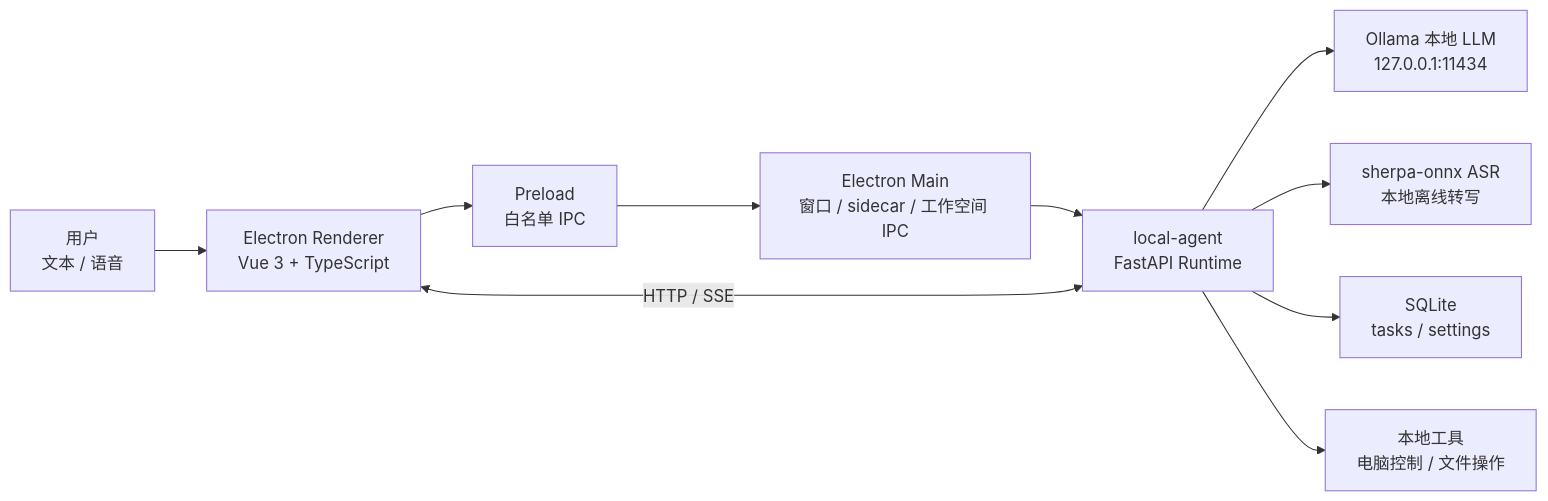
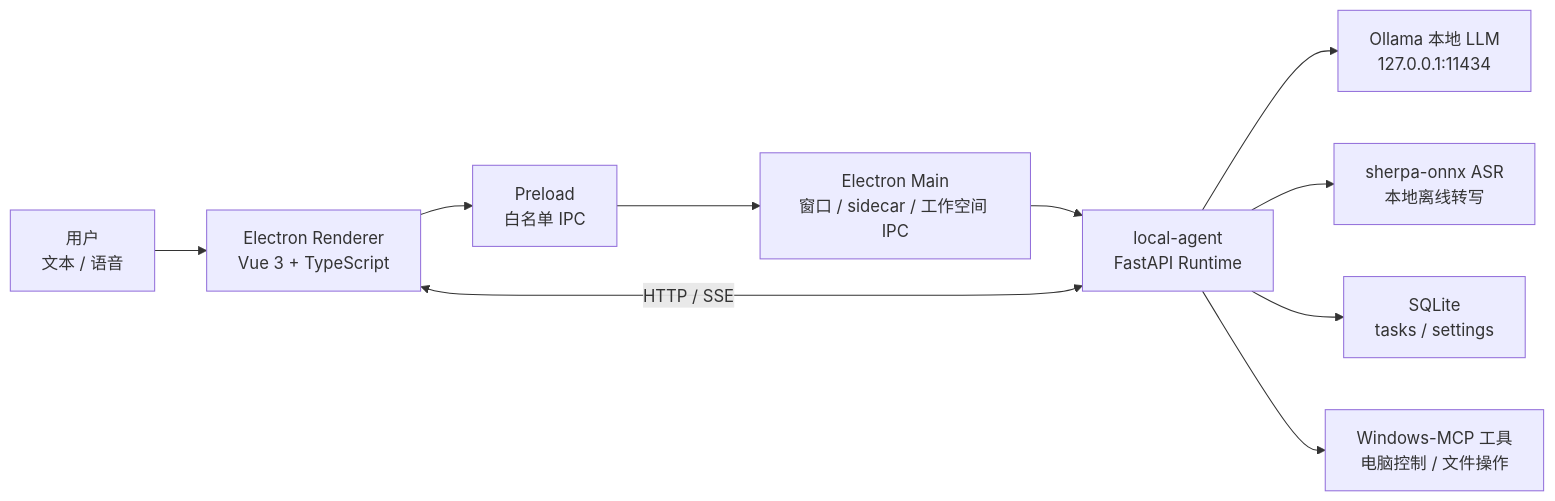
The diagram in README.md (Oronm-boop/AI-Voicce-Agent), drawn with Mermaid before and after one commit. The commit also changed other lines of this file and 23 other files, not shown here.

First line of the commit message:
集成 Windows-MCP：重构电脑控制和文件操作后端，新增 Tavily 搜索、模型集中配置，优化语音交互体验

````diff
--- a/README.md
+++ b/README.md
@@ -32,13 +32,13 @@
 ```mermaid
 flowchart LR
   User["用户<br/>文本 / 语音"] --> Renderer["Electron Renderer<br/>Vue 3 + TypeScript"]
   Renderer --> Preload["Preload<br/>白名单 IPC"]
   Preload --> Main["Electron Main<br/>窗口 / sidecar / 工作空间 IPC"]
   Main --> Agent["local-agent<br/>FastAPI Runtime"]
 
   Renderer <-->|HTTP / SSE| Agent
   Agent --> LLM["Ollama 本地 LLM<br/>127.0.0.1:11434"]
   Agent --> ASR["sherpa-onnx ASR<br/>本地离线转写"]
   Agent --> DB["SQLite<br/>tasks / settings"]
-  Agent --> Tools["本地工具<br/>电脑控制 / 文件操作"]
+  Agent --> Tools["Windows-MCP 工具<br/>电脑控制 / 文件操作"]
 ```
````
